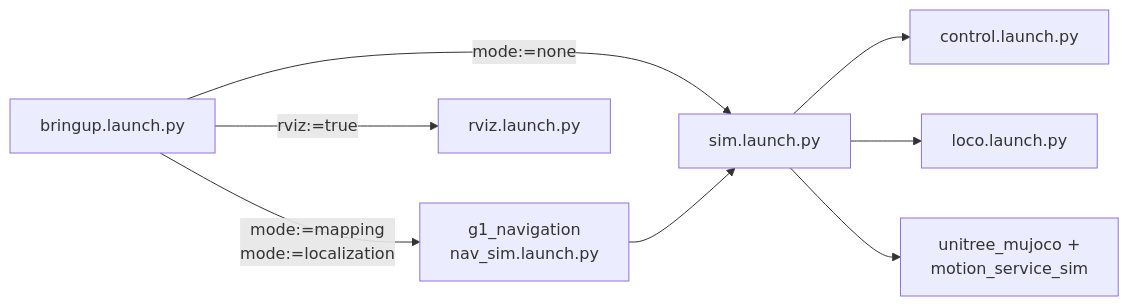
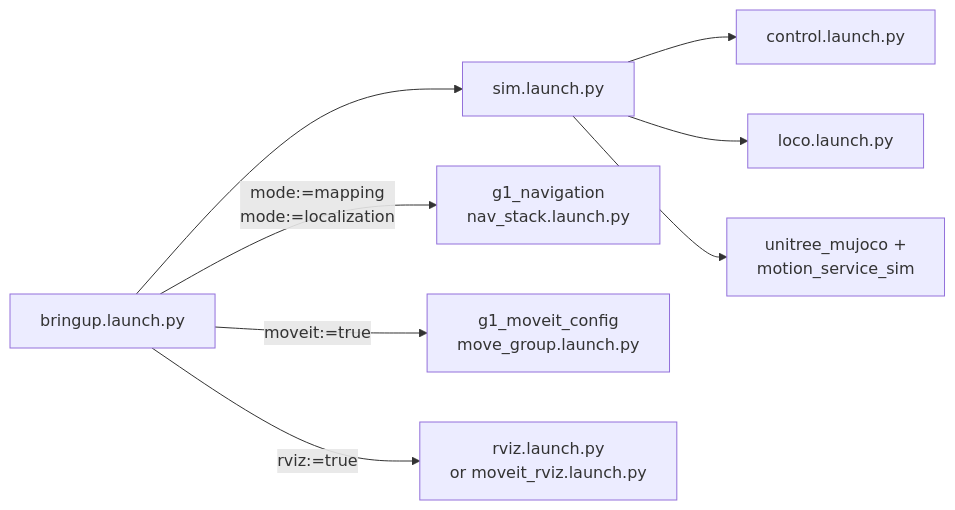
The diagram in workspace/src/g1_bringup/README.md (Adyansh04/grove-g1), drawn with Mermaid before and after one commit. The commit also changed other lines of this file and 2 other files, not shown here.

````diff
--- a/workspace/src/g1_bringup/README.md
+++ b/workspace/src/g1_bringup/README.md
@@ -8,11 +8,11 @@
 ```mermaid
 flowchart LR
     B["bringup.launch.py"]
-    B -->|"mode:=none"| S["sim.launch.py"]
-    B -->|"mode:=mapping<br/>mode:=localization"| N["g1_navigation<br/>nav_sim.launch.py"]
-    B -->|"rviz:=true"| R["rviz.launch.py"]
-    N --> S
+    B --> S["sim.launch.py"]
+    B -->|"mode:=mapping<br/>mode:=localization"| N["g1_navigation<br/>nav_stack.launch.py"]
+    B -->|"moveit:=true"| MG["g1_moveit_config<br/>move_group.launch.py"]
+    B -->|"rviz:=true"| R["rviz.launch.py<br/>or moveit_rviz.launch.py"]
     S --> C["control.launch.py"]
     S --> L["loco.launch.py"]
     S --> MJ["unitree_mujoco +<br/>motion_service_sim"]
 ```
````
